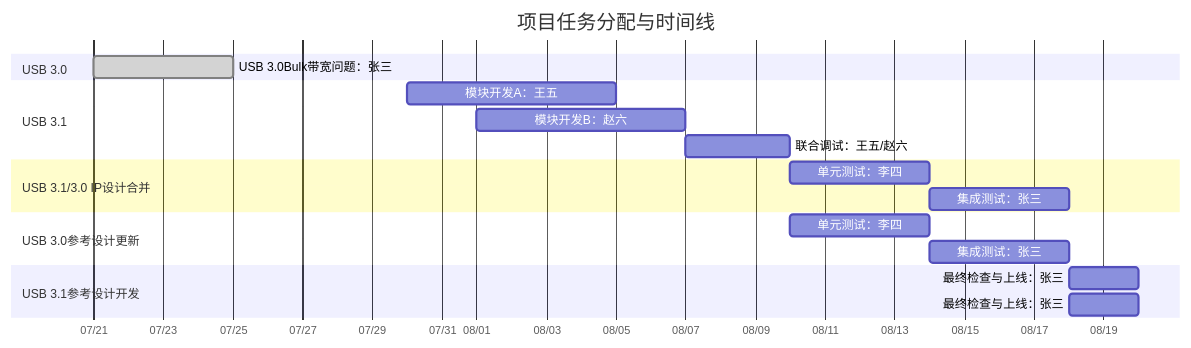
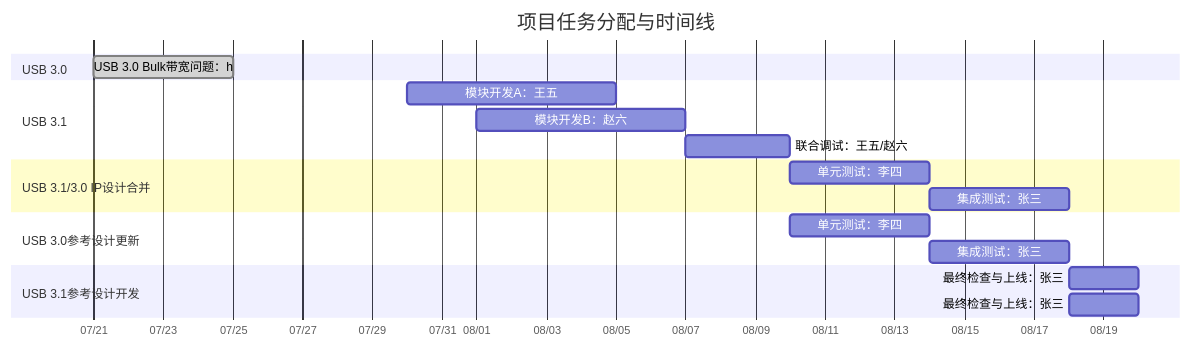
One commit to winsonbook/iodraw-files changed the diagram in all/未命名.md. Above: the diagram before and after it, drawn with Mermaid.

Commit message:
2025-07-21 09:42:37 update

````diff
--- a/all/未命名.md
+++ b/all/未命名.md
@@ -1,29 +1,29 @@
 ```mermaid
 gantt
     title 项目任务分配与时间线
     dateFormat  YYYY-MM-DD
     axisFormat  %m/%d
 
     section USB 3.0
-    USB 3.0Bulk带宽问题：张三       :done,    task1, 2025-07-21, 4d
+    USB 3.0 Bulk带宽问题：h       :done,    task1, 2025-07-21, 4d
 
     section USB 3.1
     模块开发A：王五      :         task3, 2025-07-30, 6d
     模块开发B：赵六      :         task4, 2025-08-01, 6d
     联合调试：王五/赵六  :         task5, 2025-08-07, 3d
 
     section USB 3.1/3.0 IP设计合并
     单元测试：李四       :         task6, 2025-08-10, 4d
     集成测试：张三       :         task7, 2025-08-14, 4d
 
     section USB 3.0参考设计更新
     单元测试：李四       :         task6, 2025-08-10, 4d
     集成测试：张三       :         task7, 2025-08-14, 4d
 
     section USB 3.1参考设计开发
     最终检查与上线：张三 :         task8, 2025-08-18, 2d
 
     section USB 3.1参考设计开发
     最终检查与上线：张三 :         task8, 2025-08-18, 2d
 
 ```
````
